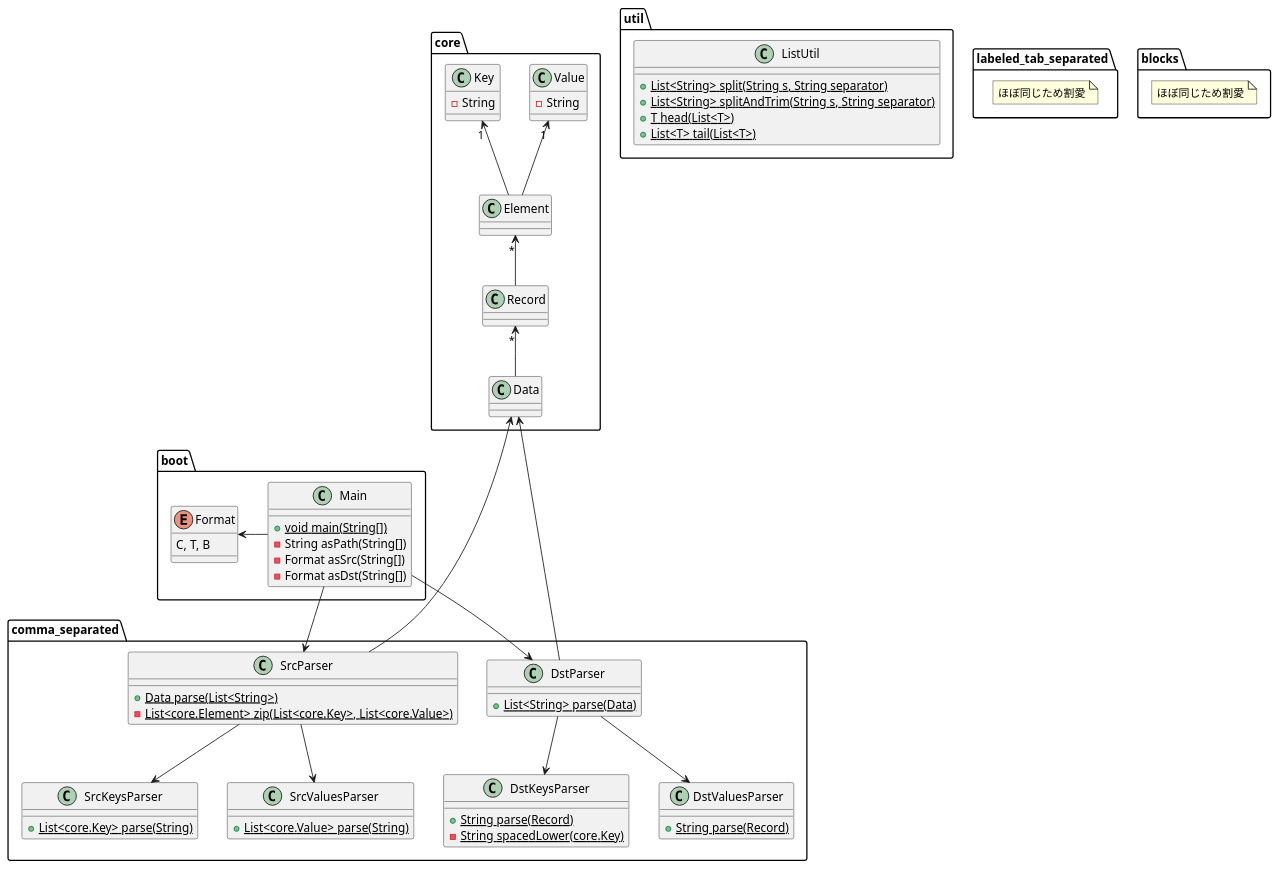
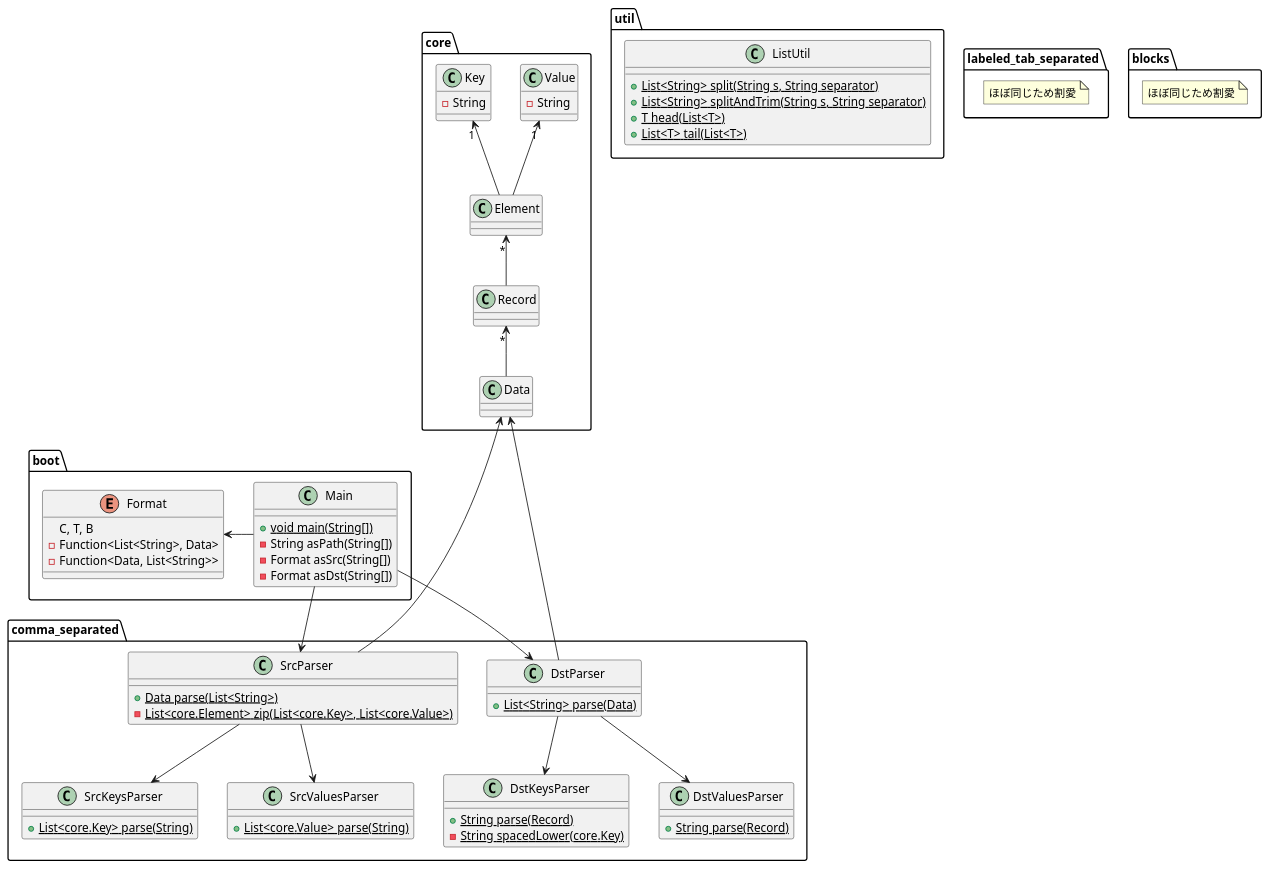
The diagram in format-converter/doc/class.puml (suzuki-hoge/hoge-works), drawn with PlantUML before and after one commit. The commit also changed 3 other files, not shown here.

```diff
--- a/format-converter/doc/class.puml
+++ b/format-converter/doc/class.puml
@@ -1,83 +1,85 @@
 @startuml
 
 namespace core {
   class Key {
     - String
   }
   class Value {
     - String
   }
   Element -u-> "1" Key
   Element -u-> "1" Value
 
   Record -u-> "*" Element
 
   Data -u-> "*" Record
 }
 
 namespace util {
   class ListUtil {
     + {static} List<String> split(String s, String separator)
     + {static} List<String> splitAndTrim(String s, String separator)
     + {static} T head(List<T>)
     + {static} List<T> tail(List<T>)
   }
 }
 
 namespace comma_separated {
   class SrcParser {
     + {static} Data parse(List<String>)
     - {static} List<core.Element> zip(List<core.Key>, List<core.Value>)
   }
   class SrcKeysParser {
     + {static} List<core.Key> parse(String)
   }
   class SrcValuesParser {
     + {static} List<core.Value> parse(String)
   }
   SrcParser -d-> SrcKeysParser
   SrcParser -d-> SrcValuesParser
   SrcParser -u--> core.Data
 
   class DstParser {
     + {static} List<String> parse(Data)
   }
   class DstKeysParser {
     + {static} String parse(Record)
     - {static} String spacedLower(core.Key)
   }
   class DstValuesParser {
     + {static} String parse(Record)
   }
 
   DstParser -d-> DstKeysParser
   DstParser -d-> DstValuesParser
   DstParser -u--> core.Data
 }
 
 namespace labeled_tab_separated {
   note "ほぼ同じため割愛" as LTSNote
 }
 
 namespace blocks {
   note "ほぼ同じため割愛" as BNote
 }
 
 namespace boot {
   class Main {
     + {static} void main(String[])
     - String asPath(String[])
     - Format asSrc(String[])
     - Format asDst(String[])
   }
 
   enum Format {
     C, T, B
+    - Function<List<String>, Data>
+    - Function<Data, List<String>>
   }
 
   Main -l-> Format
   Main --> comma_separated.SrcParser
   Main --> comma_separated.DstParser
 }
 
 @enduml
```
